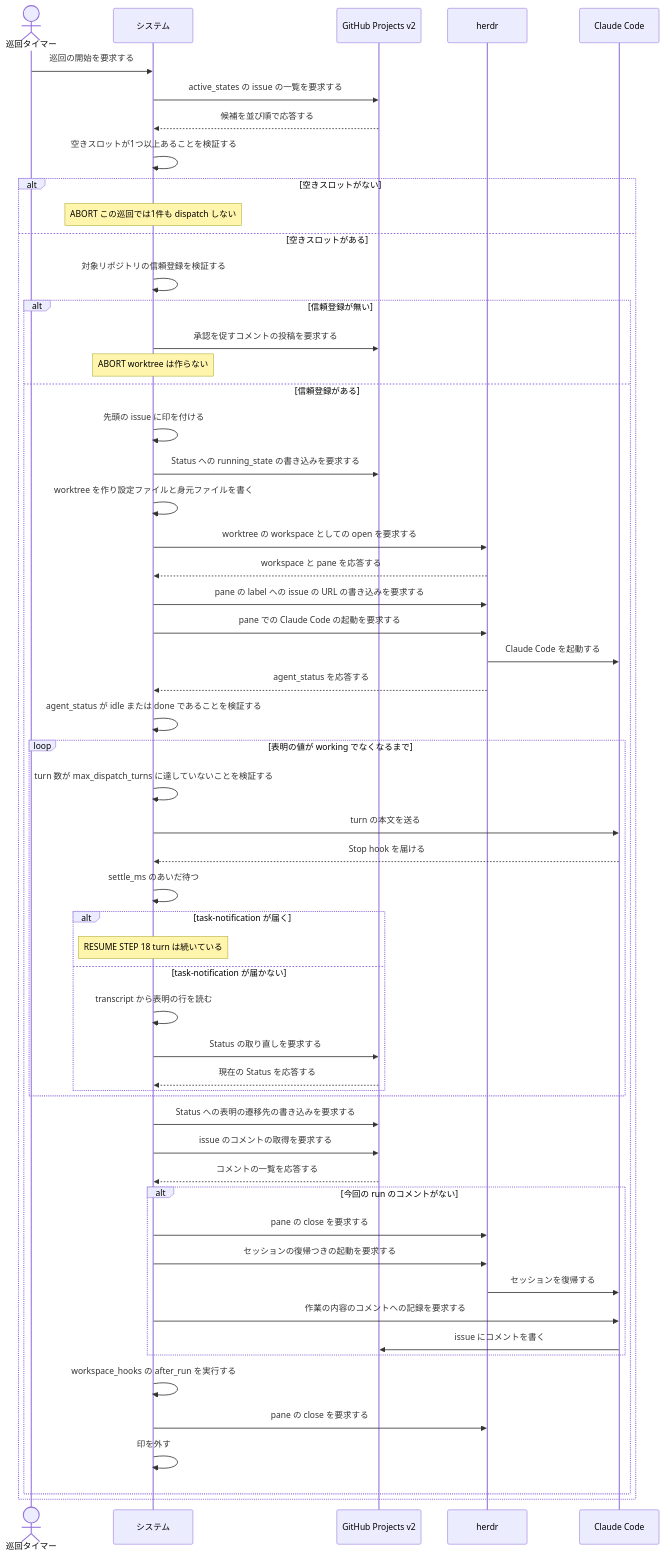
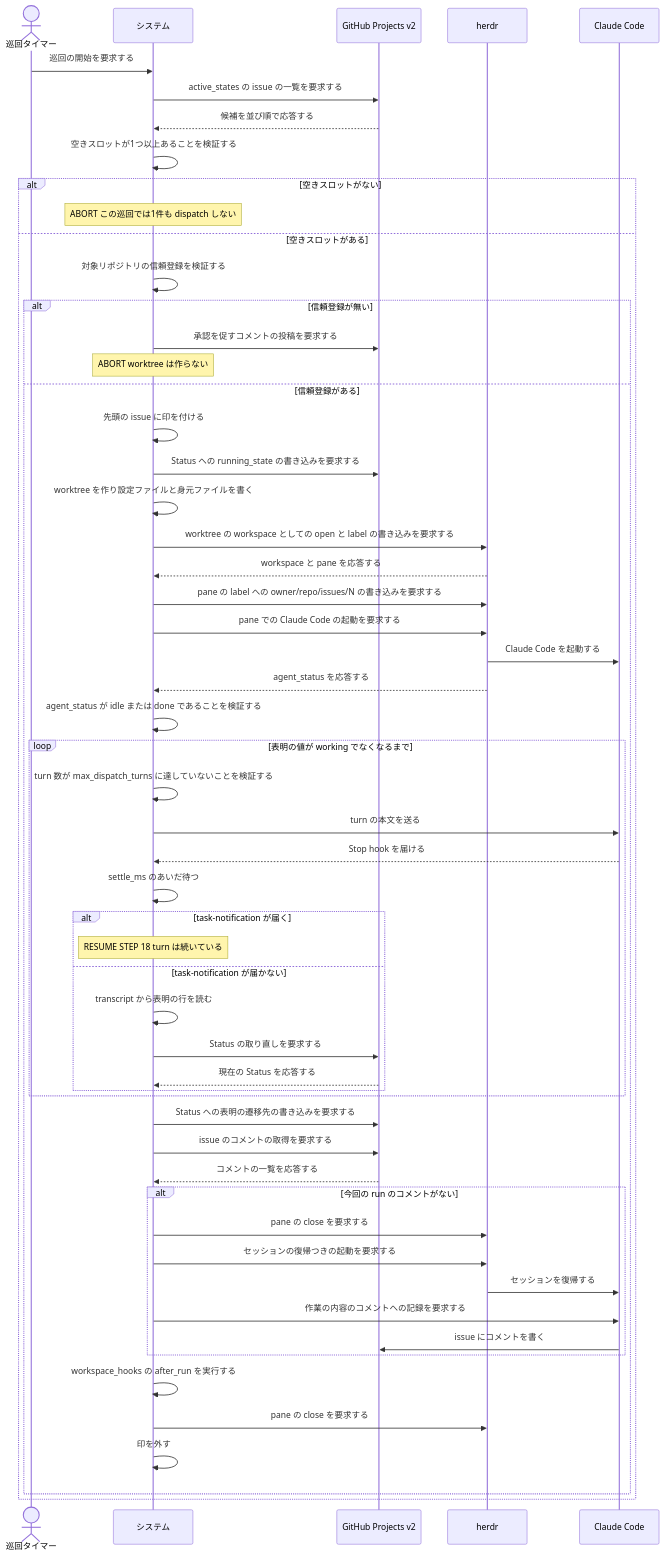
Before and after one commit to maimuzo/continuo: the second of 2 diagrams in docs/spec/usecases/particular_case/issue を1件処理する.rucm.md, drawn with Mermaid. The commit also changed other lines of this file and 30 other files, not shown here.

First line of the commit message:
pane と workspace の label を owner/repo/issues/N にする 組み立てを共有ヘルパへ寄せる

````diff
--- a/docs/spec/usecases/particular_case/issue を1件処理する.rucm.md
+++ b/docs/spec/usecases/particular_case/issue を1件処理する.rucm.md
@@ -317,59 +317,59 @@
 ```mermaid
 sequenceDiagram
     actor T as 巡回タイマー
     participant S as システム
     participant GH as GitHub Projects v2
     participant H as herdr
     participant CC as Claude Code
 
     T->>S: 巡回の開始を要求する
     S->>GH: active_states の issue の一覧を要求する
     GH-->>S: 候補を並び順で応答する
     S->>S: 空きスロットが1つ以上あることを検証する
     alt 空きスロットがない
         Note over S: ABORT この巡回では1件も dispatch しない
     else 空きスロットがある
         S->>S: 対象リポジトリの信頼登録を検証する
         alt 信頼登録が無い
             S->>GH: 承認を促すコメントの投稿を要求する
             Note over S: ABORT worktree は作らない
         else 信頼登録がある
             S->>S: 先頭の issue に印を付ける
             S->>GH: Status への running_state の書き込みを要求する
             S->>S: worktree を作り設定ファイルと身元ファイルを書く
-            S->>H: worktree の workspace としての open を要求する
+            S->>H: worktree の workspace としての open と label の書き込みを要求する
             H-->>S: workspace と pane を応答する
-            S->>H: pane の label への issue の URL の書き込みを要求する
+            S->>H: pane の label への owner/repo/issues/N の書き込みを要求する
             S->>H: pane での Claude Code の起動を要求する
             H->>CC: Claude Code を起動する
             H-->>S: agent_status を応答する
             S->>S: agent_status が idle または done であることを検証する
             loop 表明の値が working でなくなるまで
                 S->>S: turn 数が max_dispatch_turns に達していないことを検証する
                 S->>CC: turn の本文を送る
                 CC-->>S: Stop hook を届ける
                 S->>S: settle_ms のあいだ待つ
                 alt task-notification が届く
                     Note over S: RESUME STEP 18 turn は続いている
                 else task-notification が届かない
                     S->>S: transcript から表明の行を読む
                     S->>GH: Status の取り直しを要求する
                     GH-->>S: 現在の Status を応答する
                 end
             end
             S->>GH: Status への表明の遷移先の書き込みを要求する
             S->>GH: issue のコメントの取得を要求する
             GH-->>S: コメントの一覧を応答する
             alt 今回の run のコメントがない
                 S->>H: pane の close を要求する
                 S->>H: セッションの復帰つきの起動を要求する
                 H->>CC: セッションを復帰する
                 S->>CC: 作業の内容のコメントへの記録を要求する
                 CC->>GH: issue にコメントを書く
             end
             S->>S: workspace_hooks の after_run を実行する
             S->>H: pane の close を要求する
             S->>S: 印を外す
         end
     end
 ```
````
